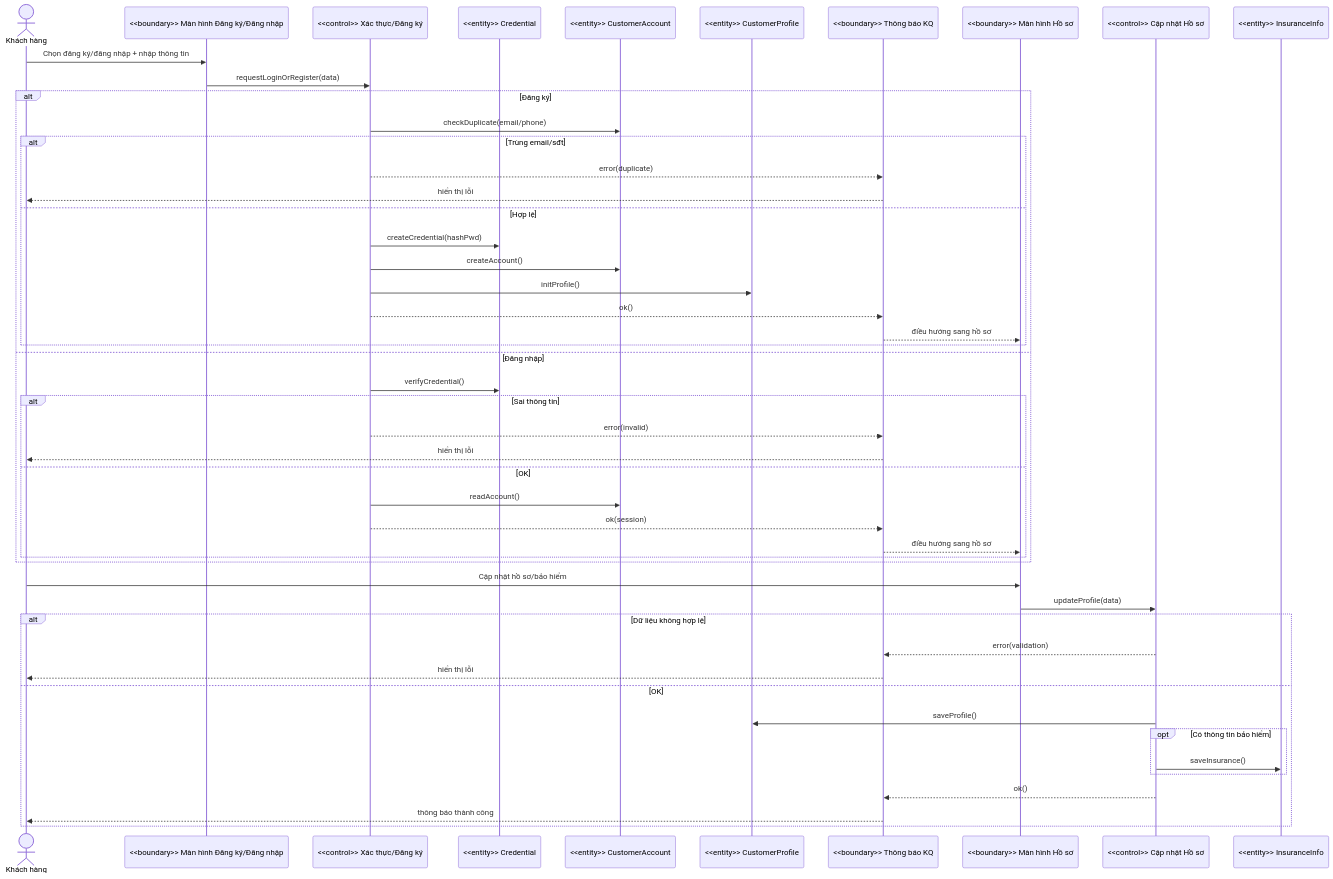
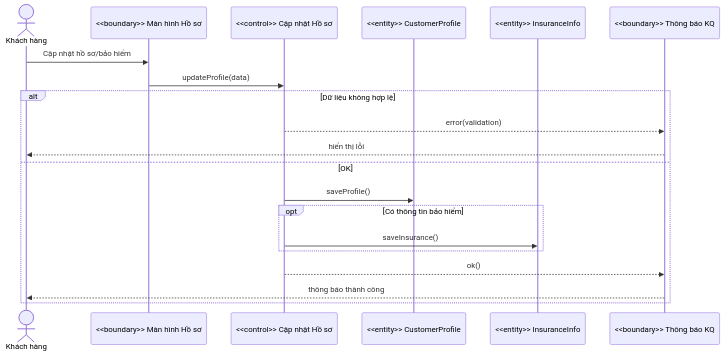
The third of 16 diagrams in README.md (qhun22/qq), drawn with Mermaid before and after one commit. The commit also changed other lines of this file, not shown here.

````diff
--- a/README.md
+++ b/README.md
@@ -39,54 +90,23 @@
 ```mermaid
 sequenceDiagram
   actor CUS as Khách hàng
-  participant UI as <<boundary>> Màn hình Đăng ký/Đăng nhập
-  participant AUTH as <<control>> Xác thực/Đăng ký
-  participant CRED as <<entity>> Credential
-  participant ACC as <<entity>> CustomerAccount
-  participant PROF as <<entity>> CustomerProfile
-  participant NOTICE as <<boundary>> Thông báo KQ
   participant PROF_UI as <<boundary>> Màn hình Hồ sơ
   participant PROF_C as <<control>> Cập nhật Hồ sơ
+  participant PROF as <<entity>> CustomerProfile
   participant INS as <<entity>> InsuranceInfo
-
-  CUS->>UI: Chọn đăng ký/đăng nhập + nhập thông tin
-  UI->>AUTH: requestLoginOrRegister(data)
-
-  alt Đăng ký
-    AUTH->>ACC: checkDuplicate(email/phone)
-    alt Trùng email/sđt
-      AUTH-->>NOTICE: error(duplicate)
-      NOTICE-->>CUS: hiển thị lỗi
-    else Hợp lệ
-      AUTH->>CRED: createCredential(hashPwd)
-      AUTH->>ACC: createAccount()
-      AUTH->>PROF: initProfile()
-      AUTH-->>NOTICE: ok()
-      NOTICE-->>PROF_UI: điều hướng sang hồ sơ
-    end
-  else Đăng nhập
-    AUTH->>CRED: verifyCredential()
-    alt Sai thông tin
-      AUTH-->>NOTICE: error(invalid)
-      NOTICE-->>CUS: hiển thị lỗi
-    else OK
-      AUTH->>ACC: readAccount()
-      AUTH-->>NOTICE: ok(session)
-      NOTICE-->>PROF_UI: điều hướng sang hồ sơ
-    end
-  end
+  participant NOTICE as <<boundary>> Thông báo KQ
 
   CUS->>PROF_UI: Cập nhật hồ sơ/bảo hiểm
   PROF_UI->>PROF_C: updateProfile(data)
   alt Dữ liệu không hợp lệ
     PROF_C-->>NOTICE: error(validation)
     NOTICE-->>CUS: hiển thị lỗi
   else OK
     PROF_C->>PROF: saveProfile()
     opt Có thông tin bảo hiểm
       PROF_C->>INS: saveInsurance()
     end
     PROF_C-->>NOTICE: ok()
     NOTICE-->>CUS: thông báo thành công
   end
 ```
````
